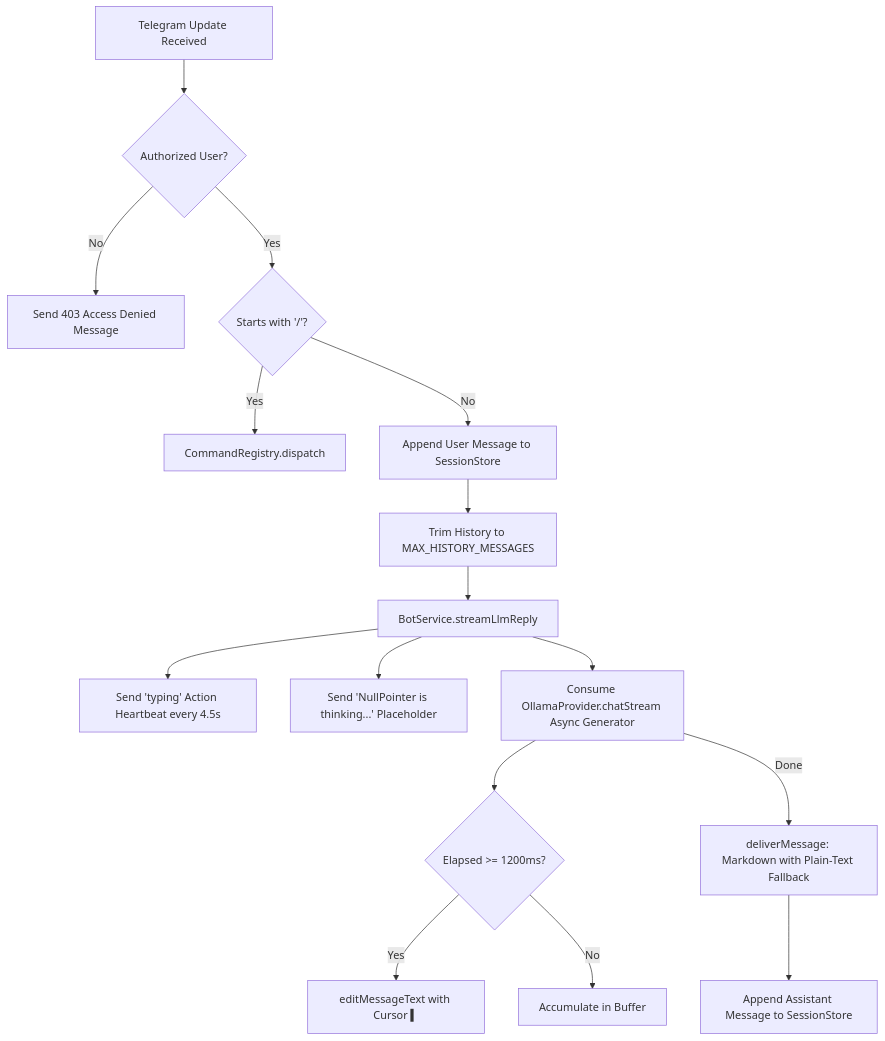
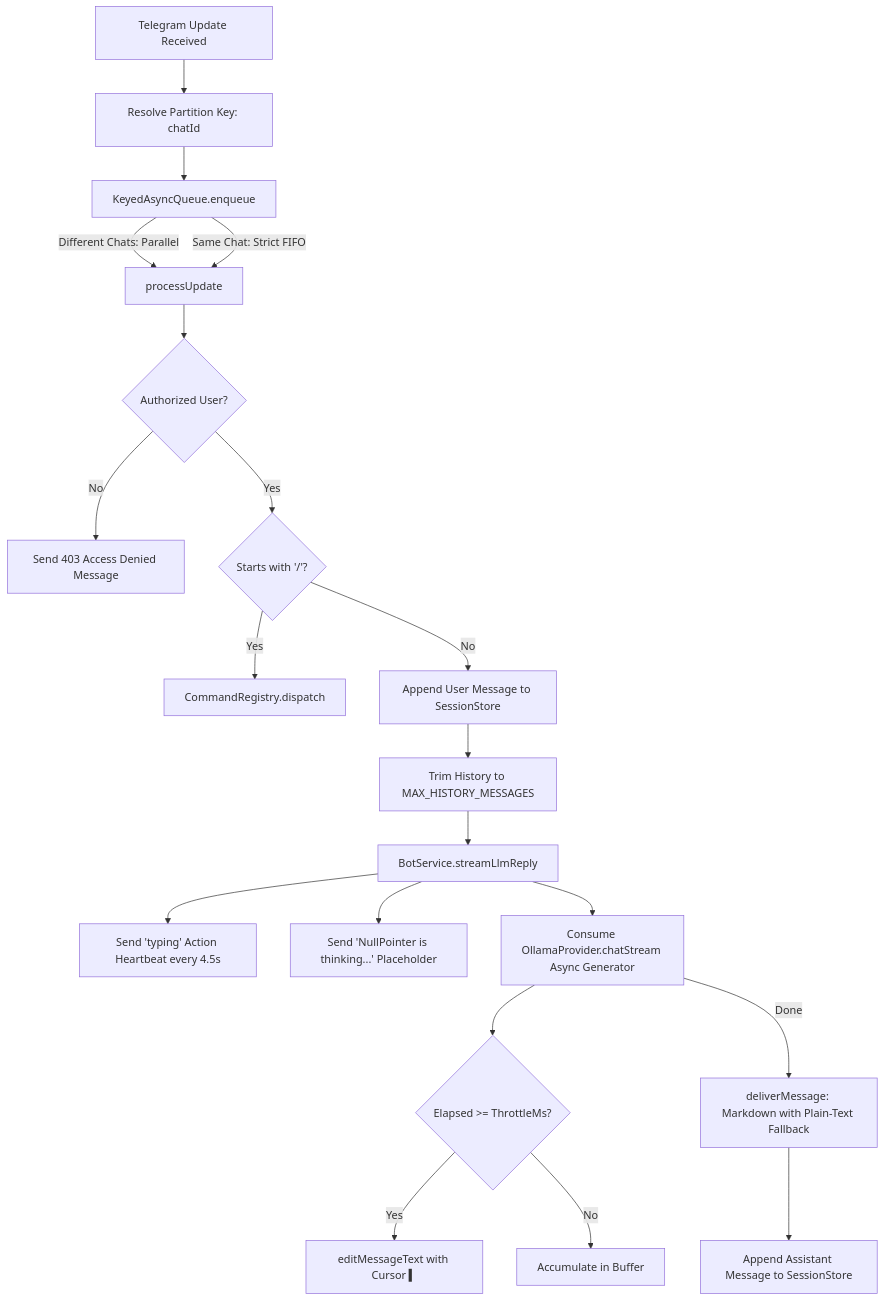
The first of 2 diagrams in .agents/skills/telegram-llm-streaming/SKILL.md (imshawan/nullptr-tg-bot-service), drawn with Mermaid before and after one commit. The commit also changed other lines of this file and 6 other files, not shown here.

Commit message:
feat: implement per-chat concurrency with KeyedAsyncQueue for Telegram updates

````diff
--- a/.agents/skills/telegram-llm-streaming/SKILL.md
+++ b/.agents/skills/telegram-llm-streaming/SKILL.md
@@ -38,18 +39,22 @@
 ```mermaid
 flowchart TD
-    Update[Telegram Update Received] --> Auth{Authorized User?}
+    Update[Telegram Update Received] --> Route[Resolve Partition Key: chatId]
+    Route --> Enqueue[KeyedAsyncQueue.enqueue]
+    Enqueue -->|Different Chats: Parallel| Process[processUpdate]
+    Enqueue -->|Same Chat: Strict FIFO| Process
+    Process --> Auth{Authorized User?}
     Auth -- No --> Deny[Send 403 Access Denied Message]
     Auth -- Yes --> IsCommand{Starts with '/'?}
     IsCommand -- Yes --> Dispatch[CommandRegistry.dispatch]
     IsCommand -- No --> Session[Append User Message to SessionStore]
     Session --> Trim[Trim History to MAX_HISTORY_MESSAGES]
     Trim --> Stream[BotService.streamLlmReply]
     Stream --> Heartbeat[Send 'typing' Action Heartbeat every 4.5s]
     Stream --> Placeholder[Send 'NullPointer is thinking...' Placeholder]
     Stream --> Consume[Consume OllamaProvider.chatStream Async Generator]
-    Consume --> Throttle{Elapsed >= 1200ms?}
+    Consume --> Throttle{Elapsed >= ThrottleMs?}
     Throttle -- Yes --> Edit[editMessageText with Cursor ▍]
     Throttle -- No --> Buffer[Accumulate in Buffer]
     Consume -- Done --> FinalDelivery[deliverMessage: Markdown with Plain-Text Fallback]
     FinalDelivery --> AppendAssistant[Append Assistant Message to SessionStore]
 ```
````
